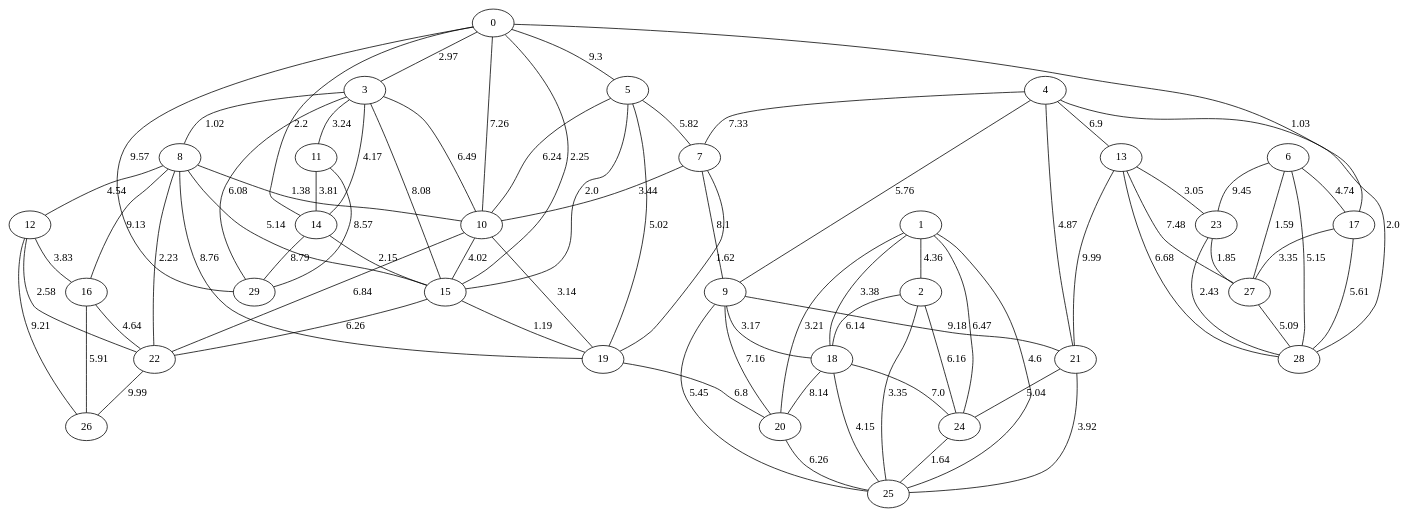
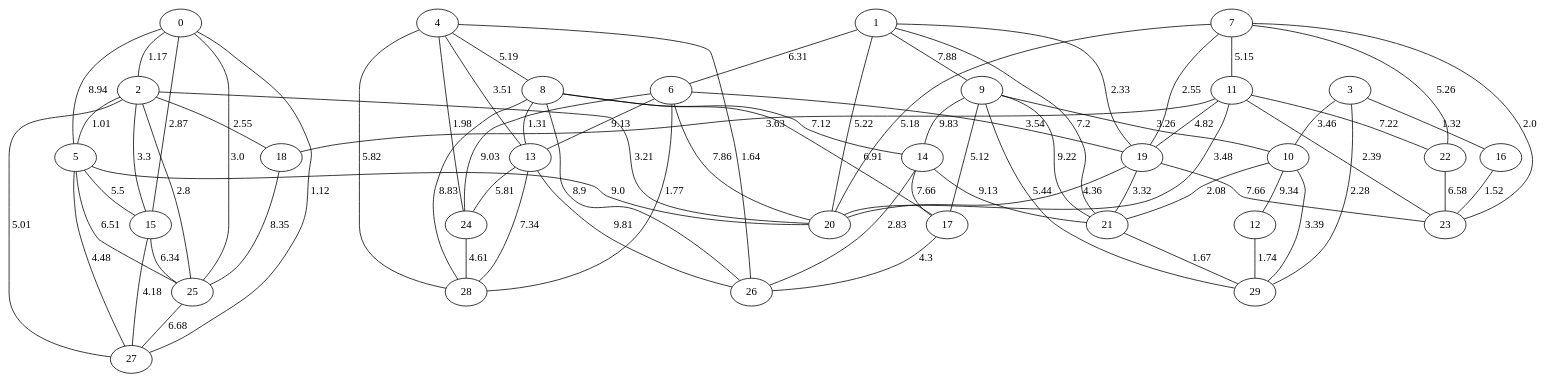
Before and after one commit to amorac4/DAA24: the diagram in Proyecto 3/ejemplos_grafo_dijkstra/grafo_Geográfico_30.gv, drawn with Graphviz. The commit also changed 61 other files, not shown here.

```diff
--- a/Proyecto 3/ejemplos_grafo_dijkstra/grafo_Geográfico_30.gv
+++ b/Proyecto 3/ejemplos_grafo_dijkstra/grafo_Geográfico_30.gv
@@ -1,111 +1,107 @@
 graph G {
 "0";
 "1";
 "2";
 "3";
 "4";
 "5";
 "6";
 "7";
 "8";
 "9";
 "10";
 "11";
 "12";
 "13";
 "14";
 "15";
 "16";
 "17";
 "18";
 "19";
 "20";
 "21";
 "22";
 "23";
 "24";
 "25";
 "26";
 "27";
 "28";
 "29";
-    "3" -- "15"[label="8.08", len="8.08"];
-    "4" -- "7"[label="7.33", len="7.33"];
-    "20" -- "25"[label="6.26", len="6.26"];
-    "2" -- "18"[label="6.14", len="6.14"];
-    "0" -- "14"[label="2.2", len="2.2"];
-    "6" -- "28"[label="5.15", len="5.15"];
-    "22" -- "26"[label="9.99", len="9.99"];
-    "3" -- "11"[label="3.24", len="3.24"];
-    "5" -- "19"[label="5.02", len="5.02"];
-    "10" -- "15"[label="4.02", len="4.02"];
-    "8" -- "19"[label="8.76", len="8.76"];
-    "0" -- "10"[label="7.26", len="7.26"];
-    "11" -- "14"[label="3.81", len="3.81"];
-    "12" -- "16"[label="3.83", len="3.83"];
-    "9" -- "18"[label="3.17", len="3.17"];
-    "15" -- "19"[label="1.19", len="1.19"];
-    "0" -- "3"[label="2.97", len="2.97"];
-    "6" -- "17"[label="4.74", len="4.74"];
-    "9" -- "25"[label="5.45", len="5.45"];
-    "3" -- "14"[label="4.17", len="4.17"];
-    "1" -- "20"[label="3.21", len="3.21"];
-    "1" -- "2"[label="4.36", len="4.36"];
-    "13" -- "21"[label="9.99", len="9.99"];
-    "4" -- "9"[label="5.76", len="5.76"];
-    "1" -- "25"[label="4.6", len="4.6"];
-    "0" -- "15"[label="2.25", len="2.25"];
-    "17" -- "28"[label="5.61", len="5.61"];
-    "9" -- "21"[label="9.18", len="9.18"];
-    "3" -- "10"[label="6.49", len="6.49"];
-    "8" -- "10"[label="1.38", len="1.38"];
-    "0" -- "17"[label="1.03", len="1.03"];
-    "4" -- "13"[label="6.9", len="6.9"];
-    "7" -- "19"[label="1.62", len="1.62"];
-    "16" -- "22"[label="4.64", len="4.64"];
-    "7" -- "10"[label="3.44", len="3.44"];
-    "8" -- "16"[label="9.13", len="9.13"];
-    "0" -- "29"[label="9.57", len="9.57"];
-    "10" -- "22"[label="6.84", len="6.84"];
-    "8" -- "15"[label="5.14", len="5.14"];
-    "18" -- "20"[label="8.14", len="8.14"];
-    "27" -- "28"[label="5.09", len="5.09"];
-    "1" -- "24"[label="6.47", len="6.47"];
-    "4" -- "28"[label="2.0", len="2.0"];
-    "15" -- "22"[label="6.26", len="6.26"];
-    "9" -- "20"[label="7.16", len="7.16"];
-    "18" -- "24"[label="7.0", len="7.0"];
-    "10" -- "19"[label="3.14", len="3.14"];
-    "13" -- "28"[label="6.68", len="6.68"];
-    "5" -- "15"[label="2.0", len="2.0"];
-    "0" -- "5"[label="9.3", len="9.3"];
-    "6" -- "23"[label="9.45", len="9.45"];
-    "14" -- "15"[label="2.15", len="2.15"];
-    "16" -- "26"[label="5.91", len="5.91"];
-    "2" -- "24"[label="6.16", len="6.16"];
-    "17" -- "27"[label="3.35", len="3.35"];
-    "19" -- "20"[label="6.8", len="6.8"];
-    "12" -- "22"[label="2.58", len="2.58"];
-    "14" -- "29"[label="8.79", len="8.79"];
-    "7" -- "9"[label="8.1", len="8.1"];
-    "6" -- "27"[label="1.59", len="1.59"];
-    "21" -- "25"[label="3.92", len="3.92"];
-    "13" -- "23"[label="3.05", len="3.05"];
-    "5" -- "10"[label="6.24", len="6.24"];
-    "18" -- "25"[label="4.15", len="4.15"];
-    "8" -- "12"[label="4.54", len="4.54"];
-    "23" -- "28"[label="2.43", len="2.43"];
-    "8" -- "22"[label="2.23", len="2.23"];
-    "12" -- "26"[label="9.21", len="9.21"];
-    "5" -- "7"[label="5.82", len="5.82"];
-    "11" -- "29"[label="8.57", len="8.57"];
-    "1" -- "18"[label="3.38", len="3.38"];
-    "3" -- "8"[label="1.02", len="1.02"];
-    "13" -- "27"[label="7.48", len="7.48"];
-    "24" -- "25"[label="1.64", len="1.64"];
-    "2" -- "25"[label="3.35", len="3.35"];
-    "3" -- "29"[label="6.08", len="6.08"];
-    "4" -- "21"[label="4.87", len="4.87"];
-    "23" -- "27"[label="1.85", len="1.85"];
-    "21" -- "24"[label="5.04", len="5.04"];
+    "1" -- "21"[label="7.2", len="7.2"];
+    "0" -- "27"[label="1.12", len="1.12"];
+    "14" -- "17"[label="7.66", len="7.66"];
+    "8" -- "13"[label="1.31", len="1.31"];
+    "15" -- "27"[label="4.18", len="4.18"];
+    "22" -- "23"[label="6.58", len="6.58"];
+    "2" -- "18"[label="2.55", len="2.55"];
+    "4" -- "8"[label="5.19", len="5.19"];
+    "6" -- "28"[label="1.77", len="1.77"];
+    "13" -- "26"[label="9.81", len="9.81"];
+    "9" -- "29"[label="5.44", len="5.44"];
+    "10" -- "21"[label="2.08", len="2.08"];
+    "11" -- "23"[label="2.39", len="2.39"];
+    "1" -- "6"[label="6.31", len="6.31"];
+    "6" -- "24"[label="9.03", len="9.03"];
+    "14" -- "26"[label="2.83", len="2.83"];
+    "8" -- "28"[label="8.83", len="8.83"];
+    "19" -- "23"[label="7.66", len="7.66"];
+    "7" -- "11"[label="5.15", len="5.15"];
+    "2" -- "5"[label="1.01", len="1.01"];
+    "25" -- "27"[label="6.68", len="6.68"];
+    "11" -- "19"[label="4.82", len="4.82"];
+    "1" -- "20"[label="5.22", len="5.22"];
+    "7" -- "20"[label="5.18", len="5.18"];
+    "8" -- "14"[label="7.12", len="7.12"];
+    "0" -- "15"[label="2.87", len="2.87"];
+    "9" -- "21"[label="9.22", len="9.22"];
+    "3" -- "10"[label="3.46", len="3.46"];
+    "10" -- "12"[label="9.34", len="9.34"];
+    "11" -- "22"[label="7.22", len="7.22"];
+    "4" -- "13"[label="3.51", len="3.51"];
+    "5" -- "25"[label="6.51", len="6.51"];
+    "7" -- "19"[label="2.55", len="2.55"];
+    "9" -- "17"[label="5.12", len="5.12"];
+    "4" -- "24"[label="1.98", len="1.98"];
+    "3" -- "16"[label="1.32", len="1.32"];
+    "11" -- "18"[label="3.63", len="3.63"];
+    "2" -- "27"[label="5.01", len="5.01"];
+    "7" -- "23"[label="2.0", len="2.0"];
+    "19" -- "21"[label="3.32", len="3.32"];
+    "4" -- "28"[label="5.82", len="5.82"];
+    "9" -- "14"[label="9.83", len="9.83"];
+    "13" -- "24"[label="5.81", len="5.81"];
+    "15" -- "25"[label="6.34", len="6.34"];
+    "0" -- "25"[label="3.0", len="3.0"];
+    "24" -- "28"[label="4.61", len="4.61"];
+    "2" -- "20"[label="3.21", len="3.21"];
+    "16" -- "23"[label="1.52", len="1.52"];
+    "9" -- "10"[label="3.26", len="3.26"];
+    "13" -- "28"[label="7.34", len="7.34"];
+    "1" -- "19"[label="2.33", len="2.33"];
+    "0" -- "5"[label="8.94", len="8.94"];
+    "1" -- "9"[label="7.88", len="7.88"];
+    "5" -- "15"[label="5.5", len="5.5"];
+    "17" -- "26"[label="4.3", len="4.3"];
+    "8" -- "17"[label="6.91", len="6.91"];
+    "12" -- "29"[label="1.74", len="1.74"];
+    "7" -- "22"[label="5.26", len="5.26"];
+    "19" -- "20"[label="4.36", len="4.36"];
+    "8" -- "26"[label="8.9", len="8.9"];
+    "6" -- "19"[label="3.54", len="3.54"];
+    "18" -- "25"[label="8.35", len="8.35"];
+    "5" -- "27"[label="4.48", len="4.48"];
+    "21" -- "29"[label="1.67", len="1.67"];
+    "4" -- "26"[label="1.64", len="1.64"];
+    "5" -- "20"[label="9.0", len="9.0"];
+    "6" -- "20"[label="7.86", len="7.86"];
+    "11" -- "20"[label="3.48", len="3.48"];
+    "2" -- "25"[label="2.8", len="2.8"];
+    "3" -- "29"[label="2.28", len="2.28"];
+    "2" -- "15"[label="3.3", len="3.3"];
+    "6" -- "13"[label="9.13", len="9.13"];
+    "10" -- "29"[label="3.39", len="3.39"];
+    "14" -- "21"[label="9.13", len="9.13"];
+    "0" -- "2"[label="1.17", len="1.17"];
 }
```
